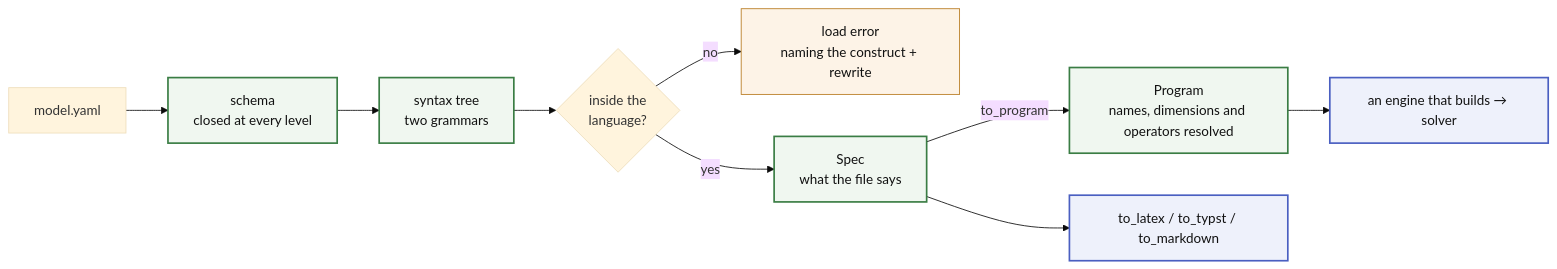
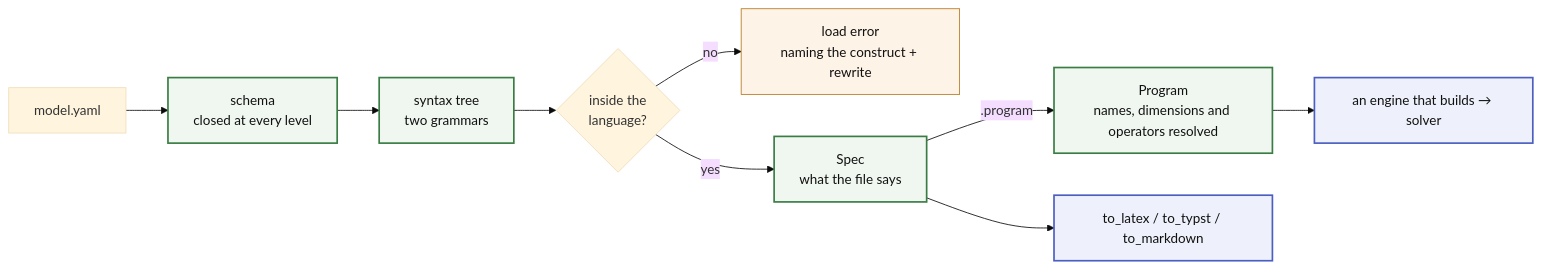
The diagram in README.md (energy-models/math-spec), drawn with Mermaid (base theme) before and after one commit. The commit also changed other lines of this file and 27 other files, not shown here.

````diff
--- a/README.md
+++ b/README.md
@@ -49,18 +49,18 @@
 ```mermaid
 flowchart LR
     Y["model.yaml"] --> S["schema<br/>closed at every level"]
     S --> AST["syntax tree<br/>two grammars"]
     AST --> Q{"inside the<br/>language?"}
     Q -->|"no"| ERR["load error<br/>naming the construct + rewrite"]
     Q -->|"yes"| M["Spec<br/>what the file says"]
-    M -->|"to_program"| P["Program<br/>names, dimensions and operators resolved"]
+    M -->|".program"| P["Program<br/>names, dimensions and operators resolved"]
     P --> ENG["an engine that builds → solver"]
     M --> T["to_latex / to_typst / to_markdown"]
 
     classDef spec fill:#f0f7f0,stroke:#3a7d44,stroke-width:2px,color:#111
     classDef consumer fill:#eef1fb,stroke:#4a5fc1,stroke-width:2px,color:#111
     classDef err fill:#fdf3e7,stroke:#b7791f,color:#111
     class S,AST,M,P spec
     class ENG,T consumer
     class ERR err
 ```
````
